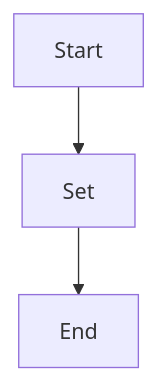
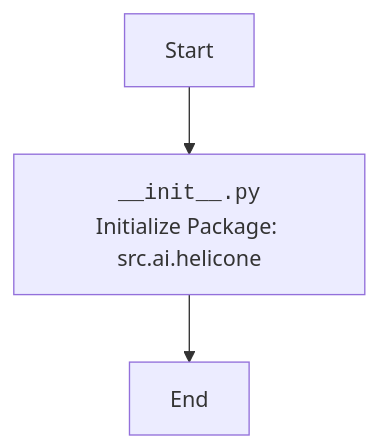
The diagram in docs/gemini/ru/explainer/src/ai/helicone/__init__.py.md (hypo69/hypo), drawn with Mermaid before and after one commit. The commit also changed other lines of this file and 1505 other files, not shown here.

````diff
--- a/docs/gemini/ru/explainer/src/ai/helicone/__init__.py.md
+++ b/docs/gemini/ru/explainer/src/ai/helicone/__init__.py.md
@@ -13,5 +9,5 @@
 ```mermaid
 flowchart TD
-    Start --> SetMode[Set ]
-    SetMode --> End
+    Start --> Init[<code>__init__.py</code><br>Initialize Package: src.ai.helicone]
+    Init --> End
 ```
````
